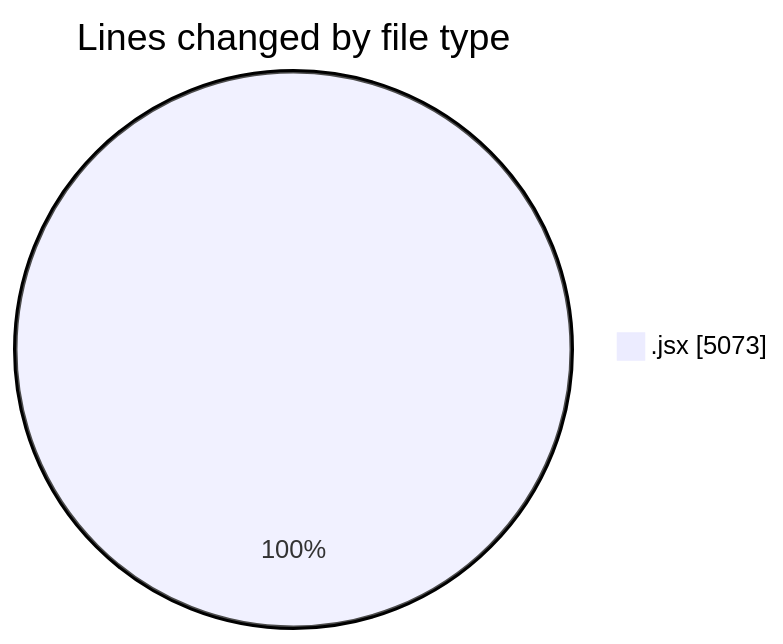
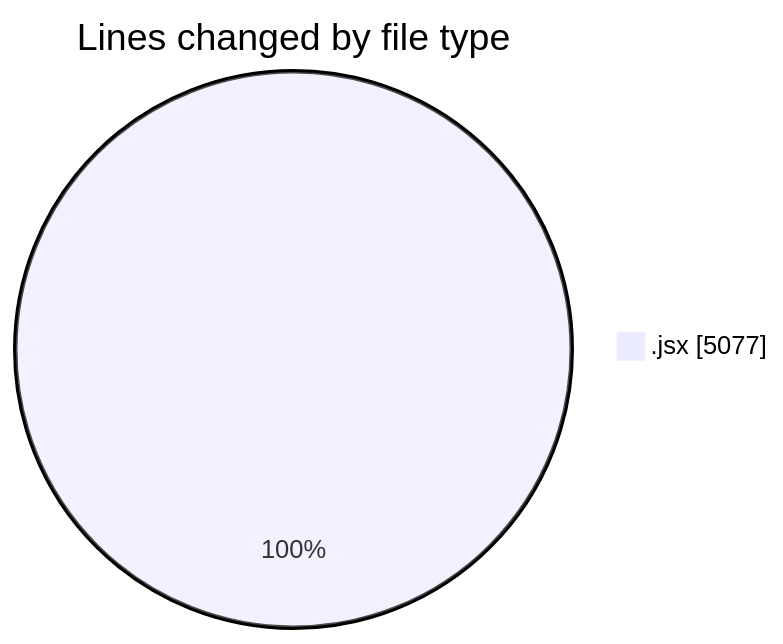
Before and after one commit to nxtqubesakshisongat/code-tracking: the first of 2 diagrams in 2025-10-07/nxtqube_webapp/README.md, drawn with Mermaid. The commit also changed other lines of this file and 1 other file, not shown here.

````diff
--- a/2025-10-07/nxtqube_webapp/README.md
+++ b/2025-10-07/nxtqube_webapp/README.md
@@ -23,5 +23,5 @@
 ```mermaid
 pie showData
 title Lines changed by file type
-".jsx" : 5073
+".jsx" : 5077
 ```
````
